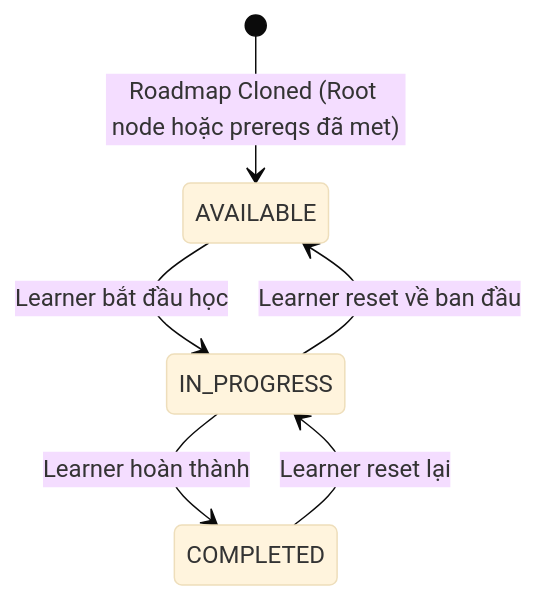
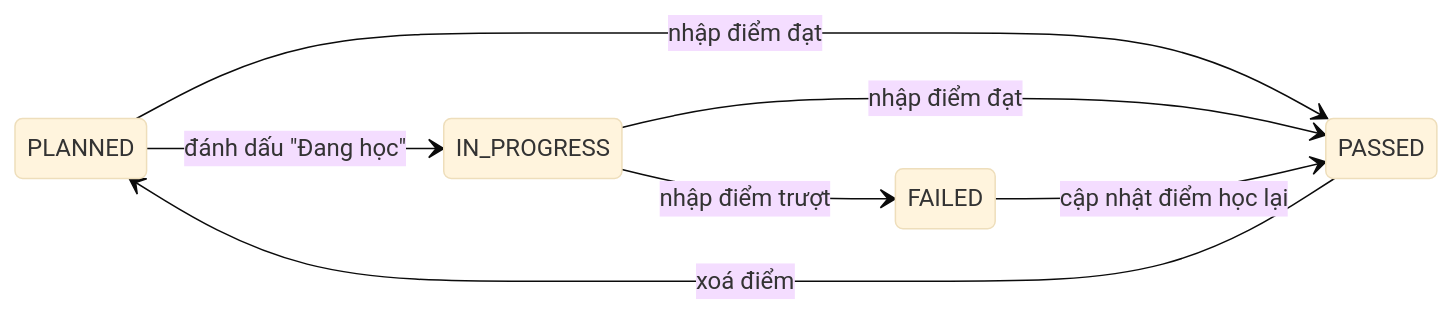
Before and after one commit to TanjiKhanh/IUROADMAP: the first of 2 diagrams in iuroadmap.docs/business-flow/01-learner-portal.md, drawn with Mermaid (base theme). The commit also changed other lines of this file and 513 other files, not shown here.

````diff
--- a/iuroadmap.docs/business-flow/01-learner-portal.md
+++ b/iuroadmap.docs/business-flow/01-learner-portal.md
@@ -37,8 +52,10 @@
 ```mermaid
 stateDiagram-v2
-    [*] --> AVAILABLE : Roadmap Cloned (Root node hoặc prereqs đã met)
-    AVAILABLE --> IN_PROGRESS : Learner bắt đầu học
-    IN_PROGRESS --> COMPLETED : Learner hoàn thành
-    COMPLETED --> IN_PROGRESS : Learner reset lại
-    IN_PROGRESS --> AVAILABLE : Learner reset về ban đầu
+    direction LR
+    PLANNED --> IN_PROGRESS : đánh dấu "Đang học"
+    PLANNED --> PASSED : nhập điểm đạt
+    IN_PROGRESS --> PASSED : nhập điểm đạt
+    IN_PROGRESS --> FAILED : nhập điểm trượt
+    FAILED --> PASSED : cập nhật điểm học lại
+    PASSED --> PLANNED : xoá điểm
 ```
````
